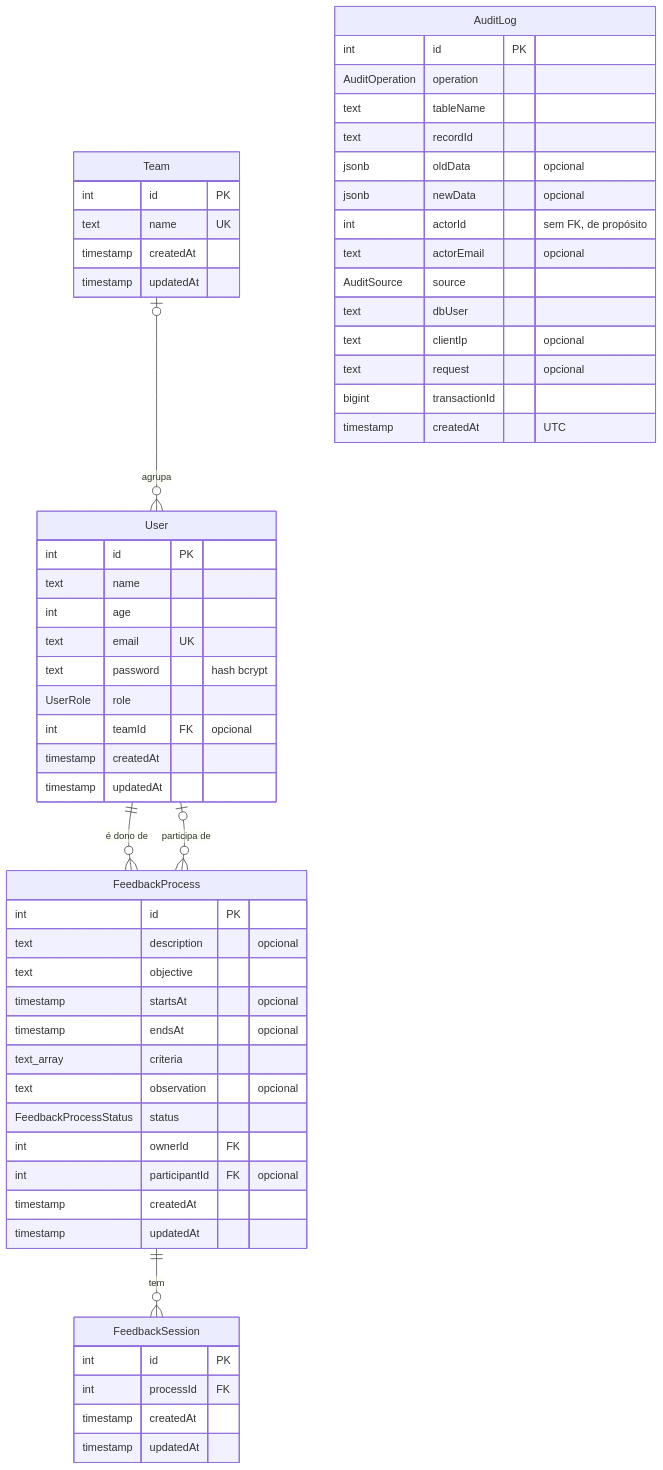
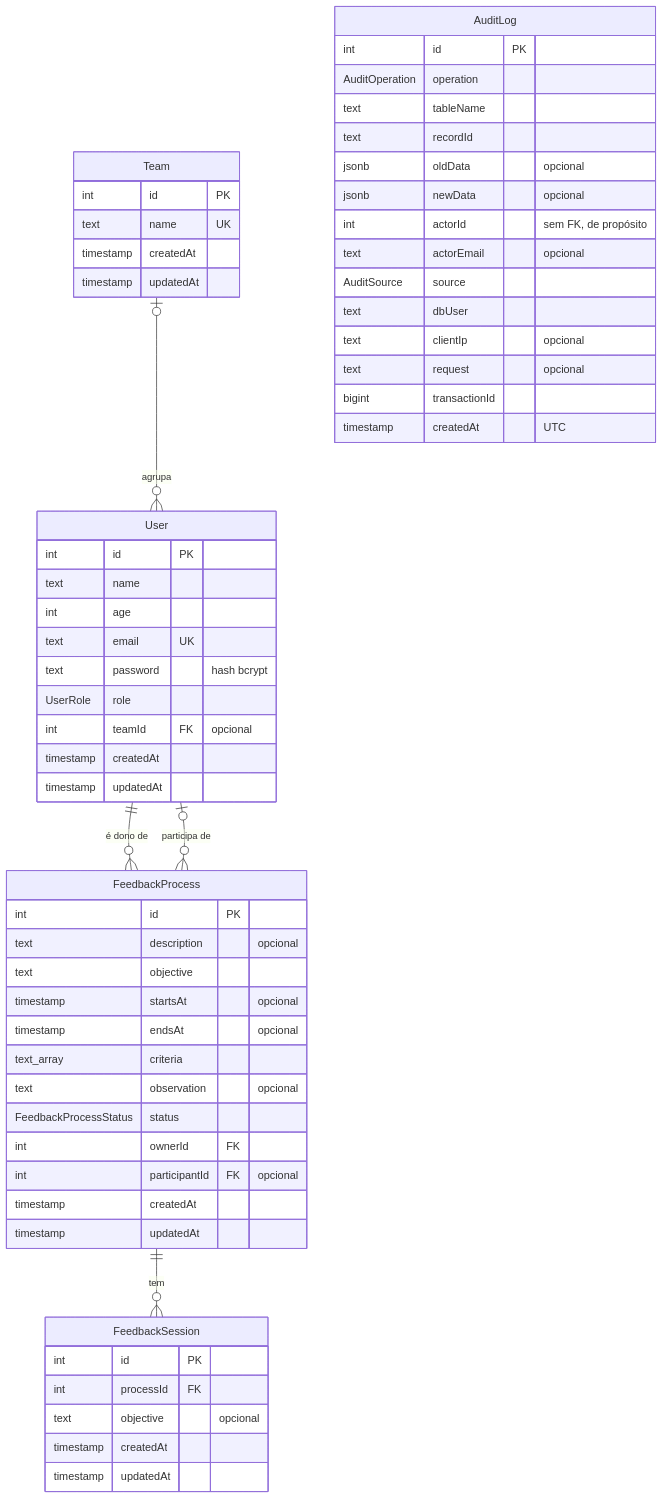
The diagram in docs/banco-de-dados.md (PedroLLou/tcc20261), drawn with Mermaid before and after one commit. The commit also changed other lines of this file and 16 other files, not shown here.

````diff
--- a/docs/banco-de-dados.md
+++ b/docs/banco-de-dados.md
@@ -43,61 +43,62 @@
 ```mermaid
 erDiagram
     Team |o--o{ User : "agrupa"
     User ||--o{ FeedbackProcess : "é dono de"
     User |o--o{ FeedbackProcess : "participa de"
     FeedbackProcess ||--o{ FeedbackSession : "tem"
 
     Team {
         int id PK
         text name UK
         timestamp createdAt
         timestamp updatedAt
     }
     User {
         int id PK
         text name
         int age
         text email UK
         text password "hash bcrypt"
         UserRole role
         int teamId FK "opcional"
         timestamp createdAt
         timestamp updatedAt
     }
     FeedbackProcess {
         int id PK
         text description "opcional"
         text objective
         timestamp startsAt "opcional"
         timestamp endsAt "opcional"
         text_array criteria
         text observation "opcional"
         FeedbackProcessStatus status
         int ownerId FK
         int participantId FK "opcional"
         timestamp createdAt
         timestamp updatedAt
     }
     FeedbackSession {
         int id PK
         int processId FK
+        text objective "opcional"
         timestamp createdAt
         timestamp updatedAt
     }
     AuditLog {
         int id PK
         AuditOperation operation
         text tableName
         text recordId
         jsonb oldData "opcional"
         jsonb newData "opcional"
         int actorId "sem FK, de propósito"
         text actorEmail "opcional"
         AuditSource source
         text dbUser
         text clientIp "opcional"
         text request "opcional"
         bigint transactionId
         timestamp createdAt "UTC"
     }
 ```
````
